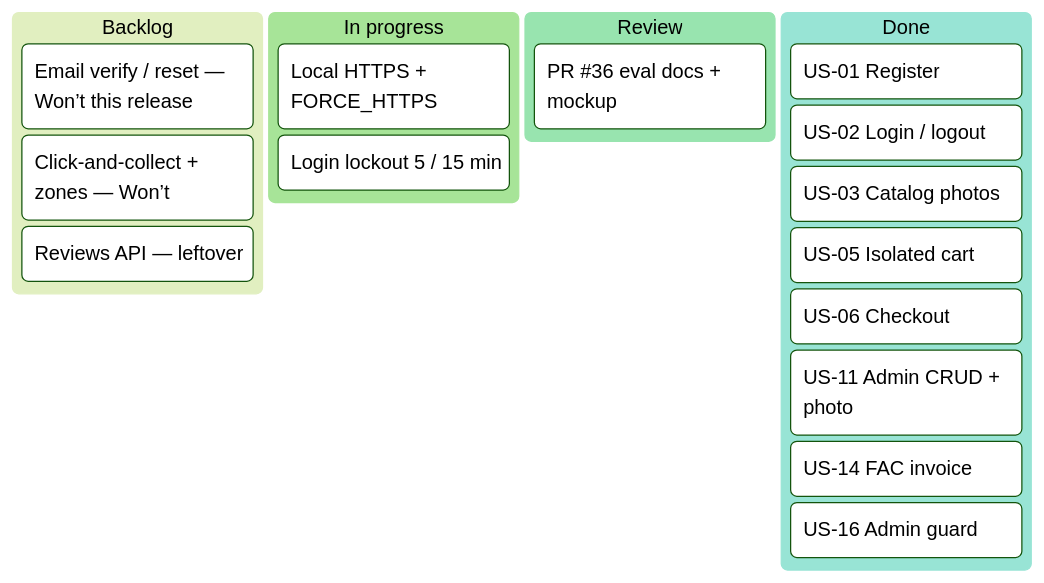
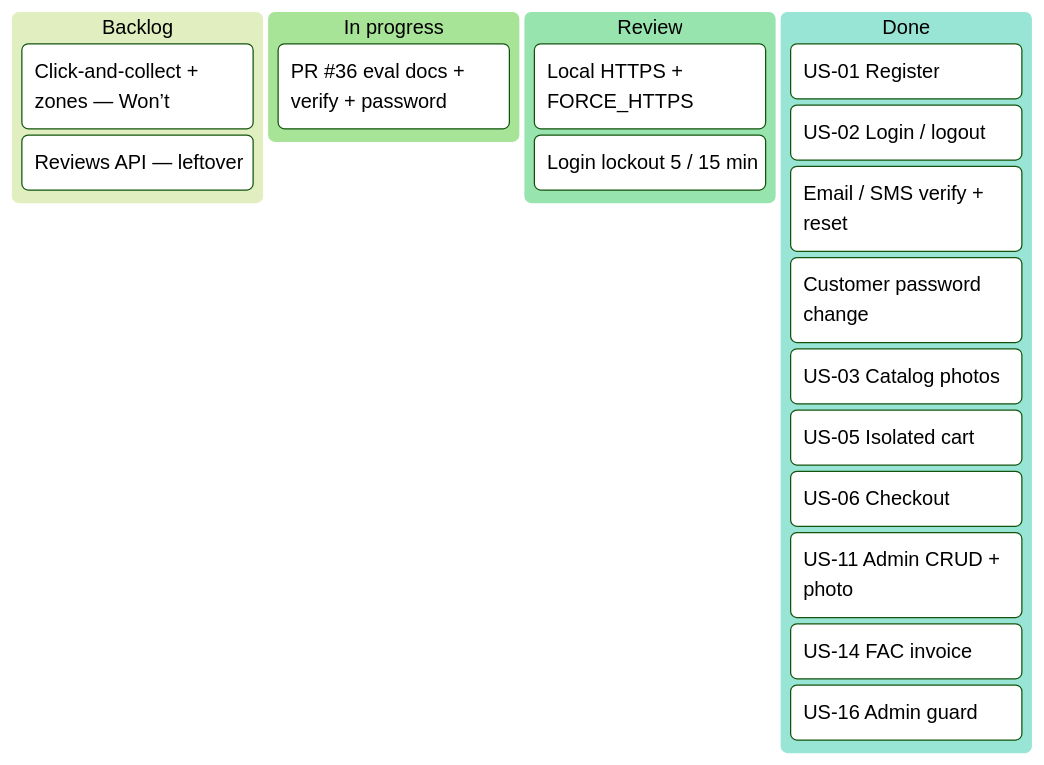
The diagram in docs/board.md (Issercio/Demo-day), drawn with Mermaid (forest theme) before and after one commit. The commit also changed other lines of this file and 30 other files, not shown here.

First line of the commit message:
Ship Holberton mandatory auth: email/SMS verify and customer password change.

````diff
--- a/docs/board.md
+++ b/docs/board.md
@@ -7,21 +7,22 @@
 ```mermaid
 kanban
   Backlog
-    US-email[Email verify / reset — Won’t this release]
     US-geo[Click-and-collect + zones — Won’t]
     US-reviews[Reviews API — leftover]
   In progress
+    PR36[PR #36 eval docs + verify + password]
+  Review
     NFR-https[Local HTTPS + FORCE_HTTPS]
     NFR-cnil[Login lockout 5 / 15 min]
-  Review
-    PR36[PR #36 eval docs + mockup]
   Done
     US01[US-01 Register]
     US02[US-02 Login / logout]
+    US-verify[Email / SMS verify + reset]
+    US-passwd[Customer password change]
     US03[US-03 Catalog photos]
     US05[US-05 Isolated cart]
     US06[US-06 Checkout]
     US11[US-11 Admin CRUD + photo]
     US14[US-14 FAC invoice]
     US16[US-16 Admin guard]
 ```
````
